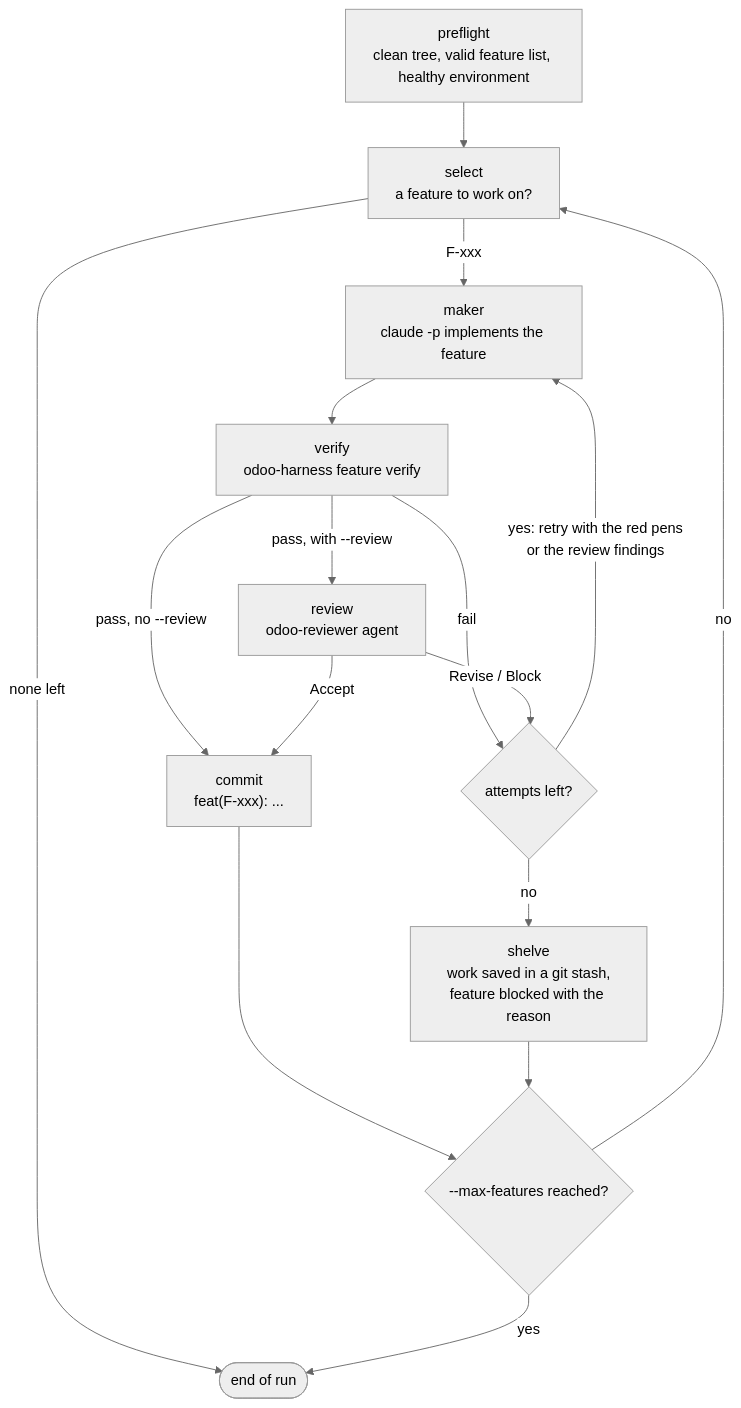
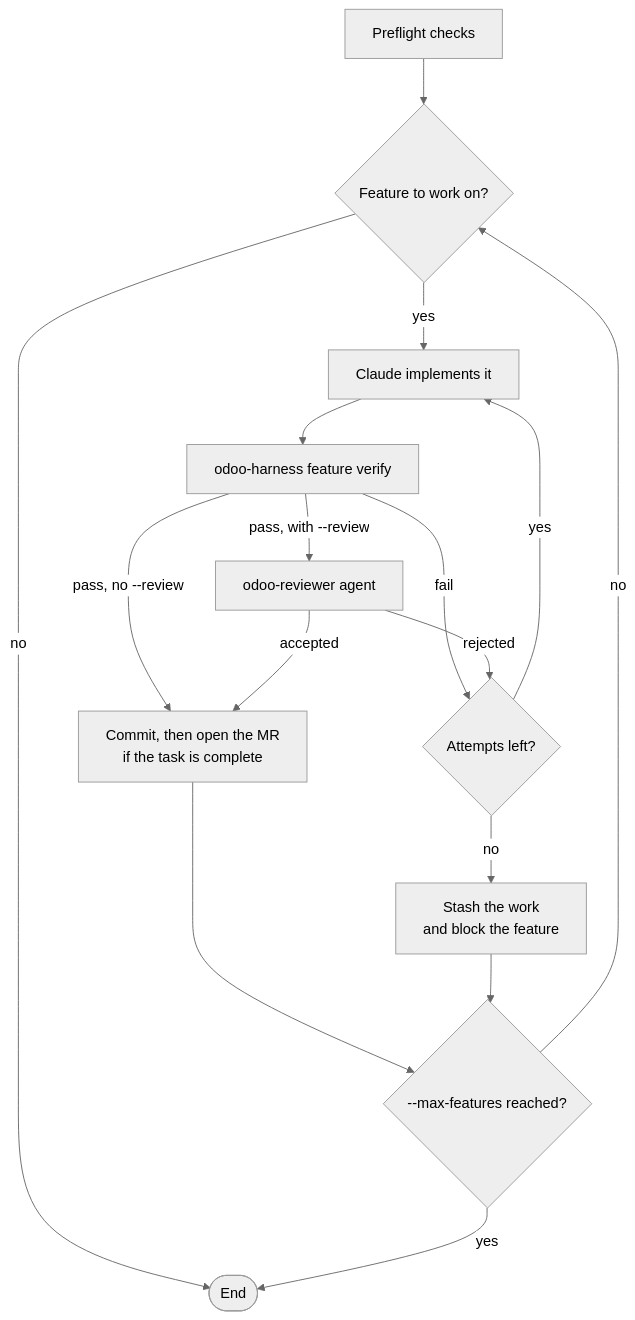
One commit to yessin-fogits/claude-odoo-harness changed the diagram in README.md. Above: the diagram before and after it, drawn with Mermaid (neutral theme). The commit also changed other lines of this file and 1 other file, not shown here.

````diff
--- a/README.md
+++ b/README.md
@@ -117,18 +225,18 @@
 ```mermaid
 flowchart TD
-    P["preflight<br/>clean tree, valid feature list, healthy environment"] --> S["select<br/>a feature to work on?"]
-    S -->|"none left"| E(["end of run"])
-    S -->|"F-xxx"| M["maker<br/>claude -p implements the feature"]
-    M --> V["verify<br/>odoo-harness feature verify"]
-    V -->|"fail"| A{"attempts left?"}
-    V -->|"pass, with --review"| R["review<br/>odoo-reviewer agent"]
-    V -->|"pass, no --review"| C["commit<br/>feat(F-xxx): ..."]
-    R -->|"Accept"| C
-    R -->|"Revise / Block"| A
-    A -->|"yes: retry with the red pens<br/>or the review findings"| M
-    A -->|"no"| B["shelve<br/>work saved in a git stash,<br/>feature blocked with the reason"]
+    P["Preflight checks"] --> S{"Feature to work on?"}
+    S -->|"no"| E(["End"])
+    S -->|"yes"| M["Claude implements it"]
+    M --> V["odoo-harness feature verify"]
+    V -->|"pass, with --review"| R["odoo-reviewer agent"]
+    V -->|"pass, no --review"| C["Commit, then open the MR<br/>if the task is complete"]
+    V -->|"fail"| A{"Attempts left?"}
+    R -->|"accepted"| C
+    R -->|"rejected"| A
+    A -->|"yes"| M
+    A -->|"no"| B["Stash the work<br/>and block the feature"]
     C --> N{"--max-features reached?"}
     B --> N
     N -->|"no"| S
     N -->|"yes"| E
 ```
````
